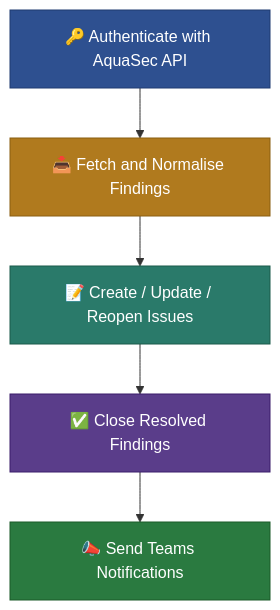
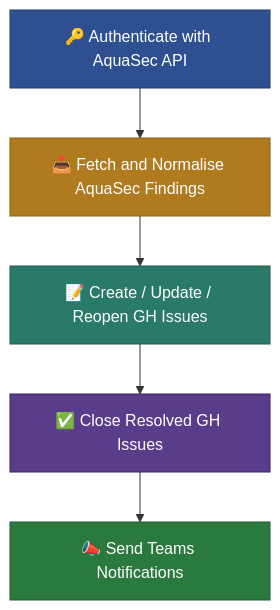
One commit to AbsaOSS/organizational-workflows changed the diagram in docs/security/security.md. Above: the diagram before and after it, drawn with Mermaid. The commit also changed 2 other files, not shown here.

Commit message:
Reaction to the review comments.

````diff
--- a/docs/security/security.md
+++ b/docs/security/security.md
@@ -17,16 +17,16 @@
 ```mermaid
 flowchart TD
     A["🔑 Authenticate with AquaSec API"]
-    B["📥 Fetch and Normalise Findings"]
-    C["📝 Create / Update / Reopen Issues"]
-    D["✅ Close Resolved Findings"]
+    B["📥 Fetch and Normalise AquaSec Findings"]
+    C["📝 Create / Update / Reopen GH Issues"]
+    D["✅ Close Resolved GH Issues"]
     E["📣 Send Teams Notifications"]
 
     A --> B --> C --> D --> E
 
     style A fill:#2e5090,color:#fff,stroke:#1e3a70
     style B fill:#b07a1e,color:#fff,stroke:#8a5e10
     style C fill:#2a7a6a,color:#fff,stroke:#1a5a4a
     style D fill:#5a3d8a,color:#fff,stroke:#3a1d6a
     style E fill:#2a7a40,color:#fff,stroke:#1a5a28
 ```
````
